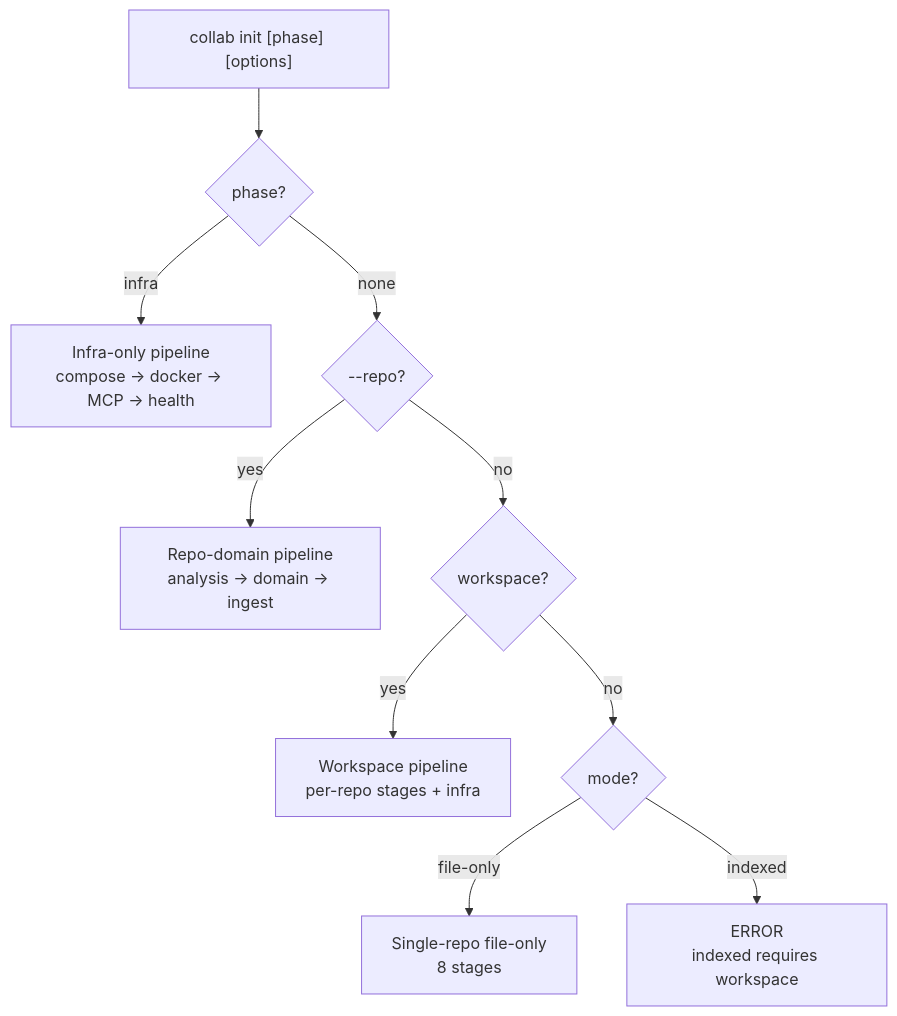
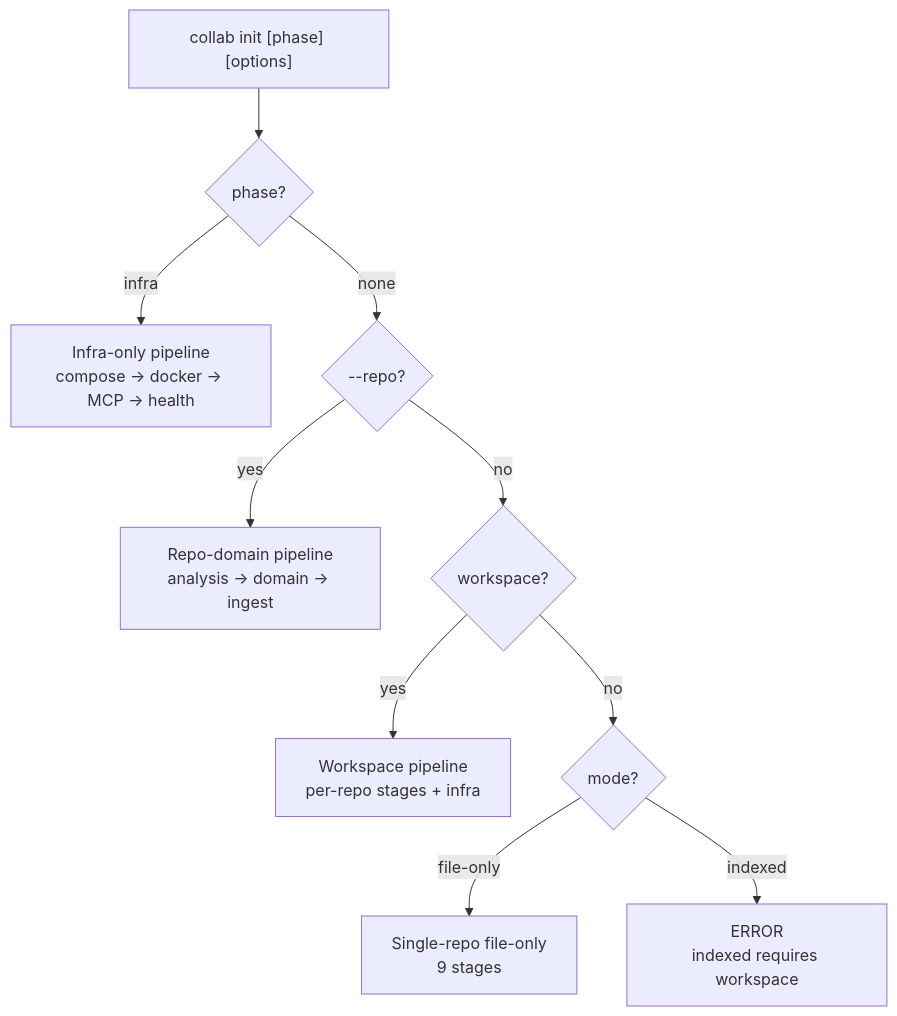
The second of 11 diagrams in README.md (uxmaltech/collab-cli), drawn with Mermaid before and after one commit. The commit also changed other lines of this file and 6 other files, not shown here.

````diff
--- a/README.md
+++ b/README.md
@@ -147,12 +147,12 @@
 ```mermaid
 flowchart TD
     A["collab init [phase] [options]"] --> B{phase?}
     B -->|"infra"| C["Infra-only pipeline<br>compose → docker → MCP → health"]
     B -->|none| D{"--repo?"}
     D -->|yes| E["Repo-domain pipeline<br>analysis → domain → ingest"]
     D -->|no| F{workspace?}
     F -->|yes| G["Workspace pipeline<br>per-repo stages + infra"]
     F -->|no| H{mode?}
-    H -->|"file-only"| I["Single-repo file-only<br>8 stages"]
+    H -->|"file-only"| I["Single-repo file-only<br>9 stages"]
     H -->|"indexed"| J["ERROR<br>indexed requires workspace"]
 ```
````
